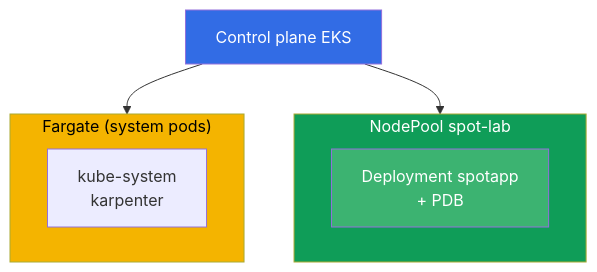
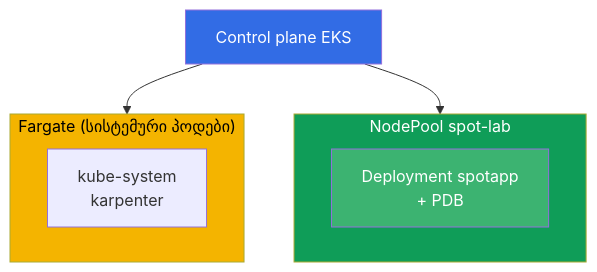
One commit to ViktorUJ/cks changed the first of 2 diagrams in tasks/eks/labs/111/README_GE.MD. Above: the diagram before and after it, drawn with Mermaid. The commit also changed 221 other files, not shown here.

````diff
--- a/tasks/eks/labs/111/README_GE.MD
+++ b/tasks/eks/labs/111/README_GE.MD
@@ -41,16 +41,16 @@
 ```mermaid
 flowchart TB
     cp["Control plane EKS"]
-    subgraph fg["Fargate (system pods)"]
+    subgraph fg["Fargate (სისტემური პოდები)"]
         sys["kube-system<br>karpenter"]
     end
     subgraph spot["NodePool spot-lab"]
         app["Deployment spotapp<br>+ PDB"]
     end
     cp --> fg
     cp --> spot
     style cp fill:#326ce5,color:#fff
     style fg fill:#f4b400,color:#000
     style spot fill:#0f9d58,color:#fff
     style app fill:#3cb371,color:#fff
 ```
````
